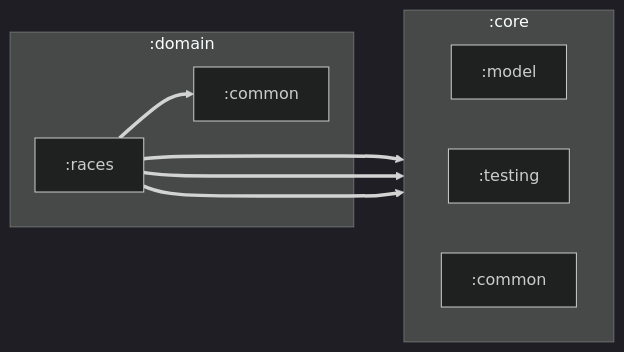
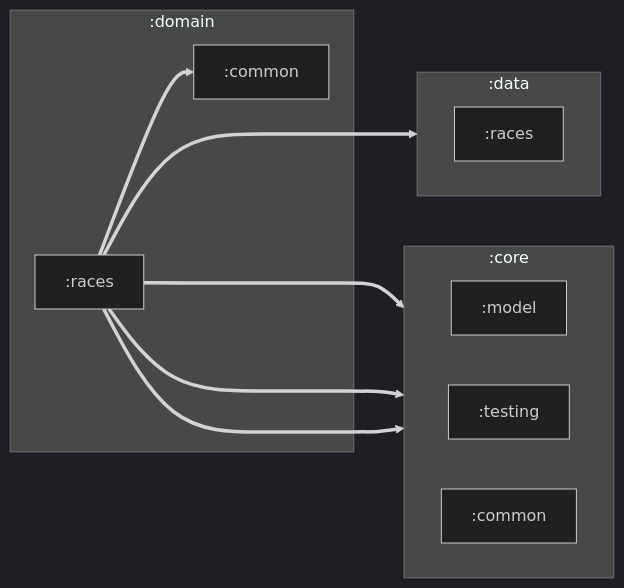
The diagram in domain/races/README.md (toquete/boxbox), drawn with Mermaid before and after one commit. The commit also changed 6 other files, not shown here.

````diff
--- a/domain/races/README.md
+++ b/domain/races/README.md
@@ -1,18 +1,23 @@
 ```mermaid
 %%{init: {'theme':'dark'}}%%
 flowchart LR
     RACES ==> DOMAIN_COMMON
     RACES ===> MODEL
     RACES ==> TESTING
     RACES ==> COMMON
+    RACES ===> DATA_RACES
     subgraph :core
         direction LR
         MODEL[:model]
         TESTING[:testing]
         COMMON[:common]
     end
+    subgraph :data
+        direction LR
+        DATA_RACES[:races]
+    end
     subgraph :domain
         DOMAIN_COMMON[:common]
         RACES[:races]
     end
 ```
````
